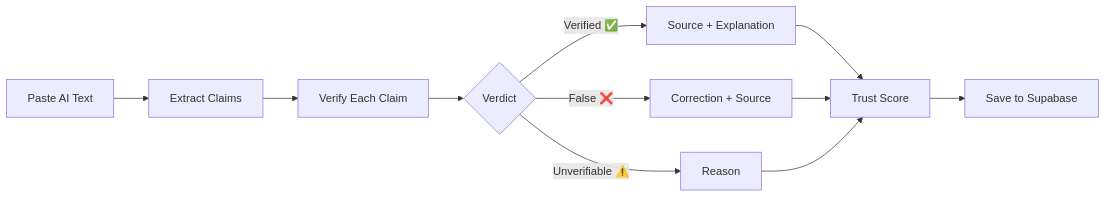
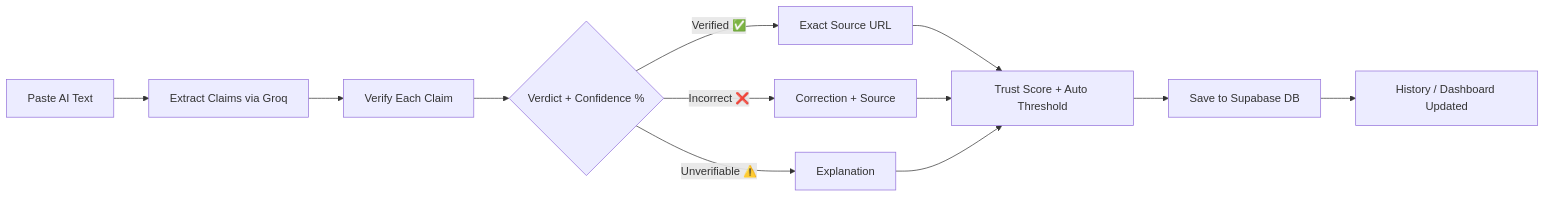
Before and after one commit to Sunil56224972/hallucination-Hunter: the diagram in README.md, drawn with Mermaid. The commit also changed other lines of this file and 3 other files, not shown here.

````diff
--- a/README.md
+++ b/README.md
@@ -232,13 +205,14 @@
 ```mermaid
 flowchart LR
-    A[Paste AI Text] --> B[Extract Claims]
+    A[Paste AI Text] --> B[Extract Claims via Groq]
     B --> C[Verify Each Claim]
-    C --> D{Verdict}
-    D -->|Verified ✅| E[Source + Explanation]
-    D -->|False ❌| F[Correction + Source]
-    D -->|Unverifiable ⚠️| G[Reason]
-    E --> H[Trust Score]
+    C --> D{Verdict + Confidence %}
+    D -->|Verified ✅| E[Exact Source URL]
+    D -->|Incorrect ❌| F[Correction + Source]
+    D -->|Unverifiable ⚠️| G[Explanation]
+    E --> H[Trust Score + Auto Threshold]
     F --> H
     G --> H
-    H --> I[Save to Supabase]
+    H --> I[Save to Supabase DB]
+    I --> J[History / Dashboard Updated]
 ```
````
